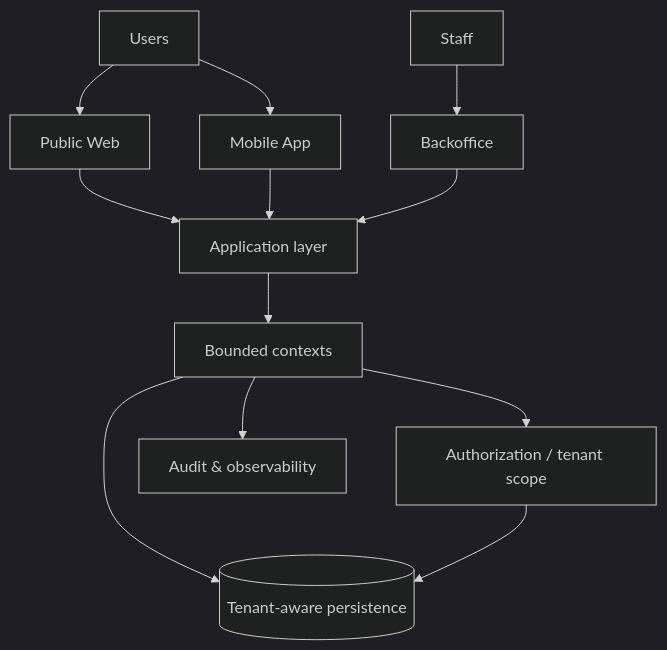
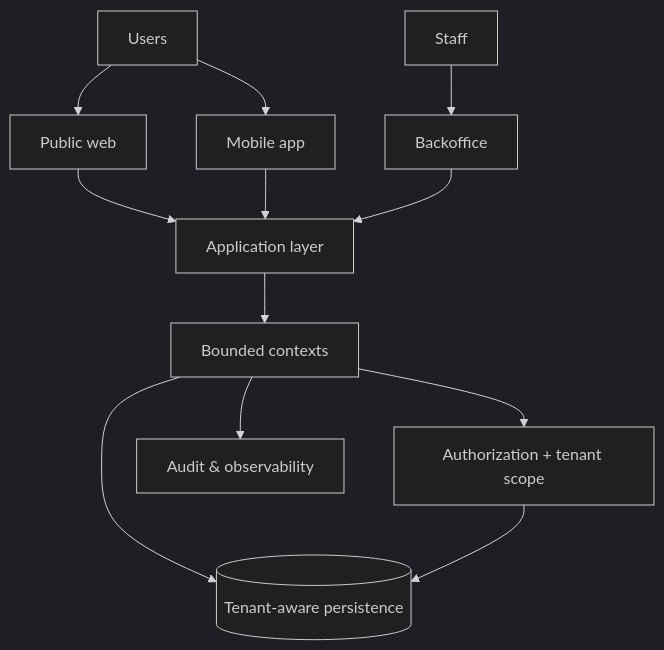
One commit to andrecsmenezes/andrecsmenezes changed the diagram in case-studies/the-church-system.md. Above: the diagram before and after it, drawn with Mermaid (dark theme). The commit also changed other lines of this file, not shown here.

````diff
--- a/case-studies/the-church-system.md
+++ b/case-studies/the-church-system.md
@@ -11,14 +13,14 @@
 ```mermaid
 flowchart TD
-    U[Users] --> W[Public Web]
-    U --> M[Mobile App]
+    U[Users] --> W[Public web]
+    U --> M[Mobile app]
     S[Staff] --> P[Backoffice]
     W --> APP[Application layer]
     M --> APP
     P --> APP
     APP --> D[Bounded contexts]
-    D --> AUTH[Authorization / tenant scope]
+    D --> AUTH[Authorization + tenant scope]
     D --> AUDIT[Audit & observability]
     D --> DATA[(Tenant-aware persistence)]
     AUTH --> DATA
 ```
````
